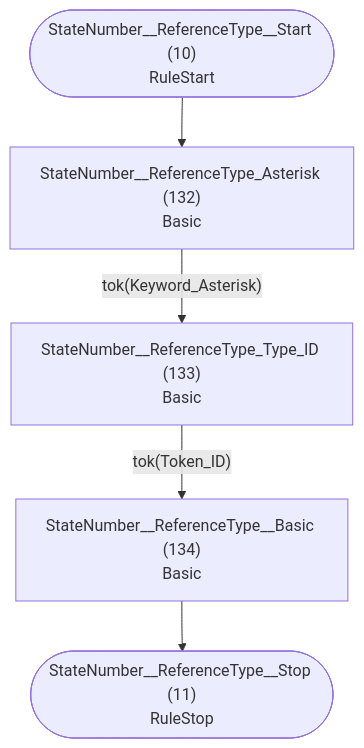
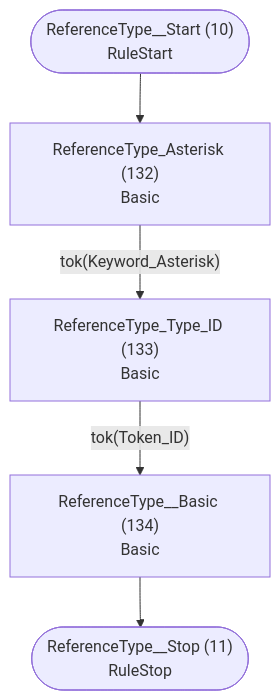
Before and after one commit to TypeFox/fastbelt: the sixth of 37 diagrams in internal/grammar/atn.md, drawn with Mermaid. The commit also changed other lines of this file and 26 other files, not shown here.

````diff
--- a/internal/grammar/atn.md
+++ b/internal/grammar/atn.md
@@ -184,13 +184,13 @@
 ```mermaid
 flowchart TD
-    q10(["StateNumber__ReferenceType__Start (10)<br/>RuleStart"])
-    q11(["StateNumber__ReferenceType__Stop (11)<br/>RuleStop"])
-    q132["StateNumber__ReferenceType_Asterisk (132)<br/>Basic<br/>"]
-    q133["StateNumber__ReferenceType_Type_ID (133)<br/>Basic<br/>"]
-    q134["StateNumber__ReferenceType__Basic (134)<br/>Basic<br/>"]
+    q10(["ReferenceType__Start (10)<br/>RuleStart"])
+    q11(["ReferenceType__Stop (11)<br/>RuleStop"])
+    q132["ReferenceType_Asterisk (132)<br/>Basic<br/>"]
+    q133["ReferenceType_Type_ID (133)<br/>Basic<br/>"]
+    q134["ReferenceType__Basic (134)<br/>Basic<br/>"]
 
     q10 --> q132
     q132 -->|"tok(Keyword_Asterisk)"| q133
     q133 -->|"tok(Token_ID)"| q134
     q134 --> q11
 ```
````
